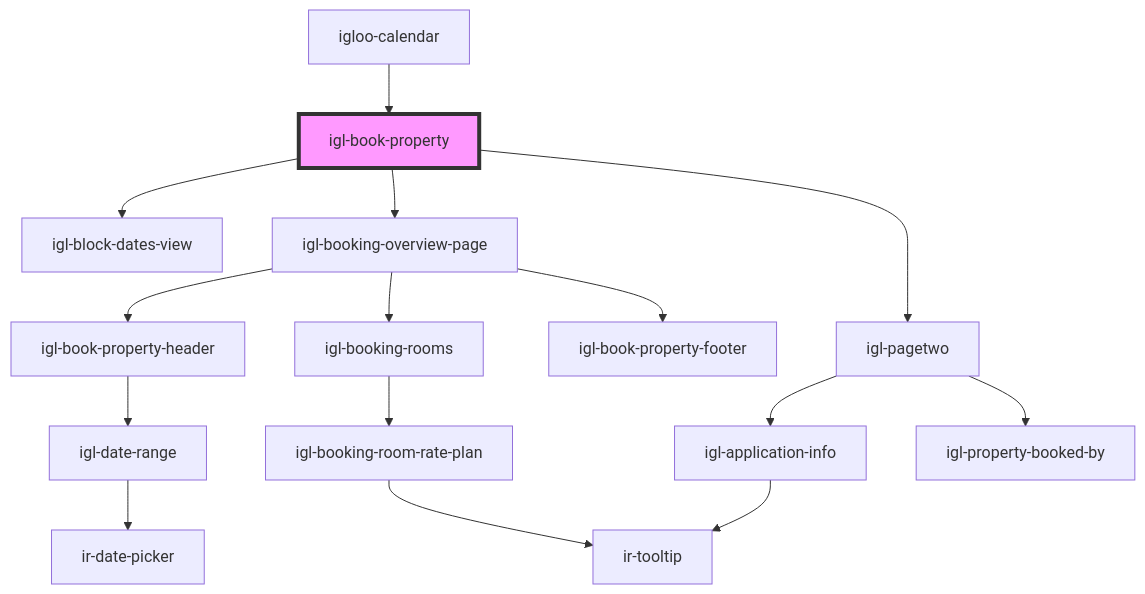
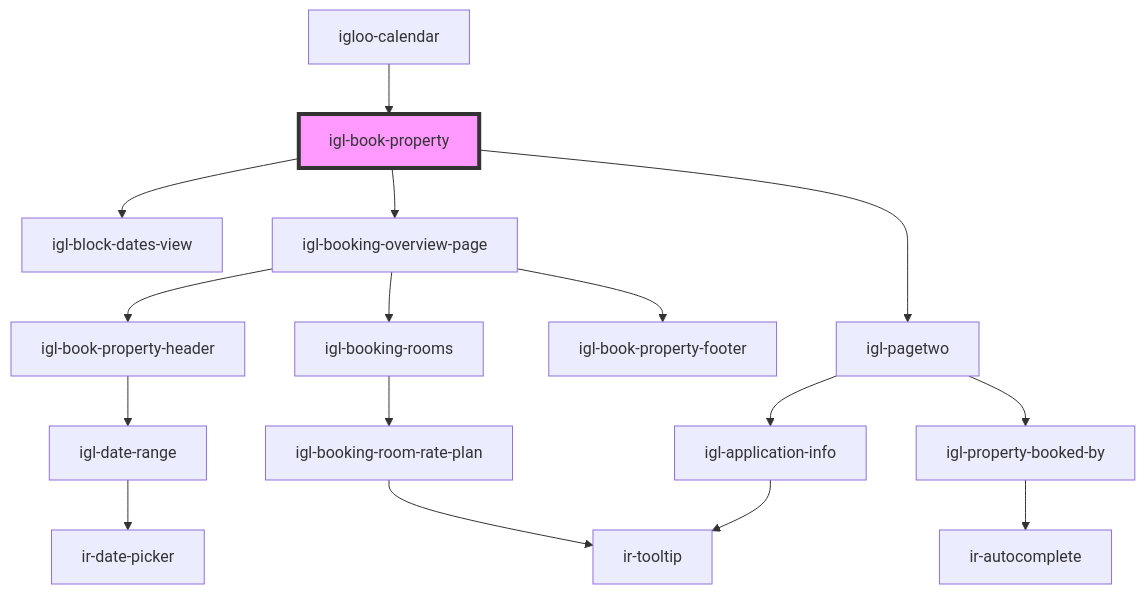
Before and after one commit to David1Chowaifaty/modified-ir-webcmp: the diagram in src/components/igloo-calendar/igl-book-property/readme.md, drawn with Mermaid. The commit also changed 7 other files, not shown here.

````diff
--- a/src/components/igloo-calendar/igl-book-property/readme.md
+++ b/src/components/igloo-calendar/igl-book-property/readme.md
@@ -44,18 +44,19 @@
 ```mermaid
 graph TD;
   igl-book-property --> igl-block-dates-view
   igl-book-property --> igl-booking-overview-page
   igl-book-property --> igl-pagetwo
   igl-booking-overview-page --> igl-book-property-header
   igl-booking-overview-page --> igl-booking-rooms
   igl-booking-overview-page --> igl-book-property-footer
   igl-book-property-header --> igl-date-range
   igl-date-range --> ir-date-picker
   igl-booking-rooms --> igl-booking-room-rate-plan
   igl-booking-room-rate-plan --> ir-tooltip
   igl-pagetwo --> igl-application-info
   igl-pagetwo --> igl-property-booked-by
   igl-application-info --> ir-tooltip
+  igl-property-booked-by --> ir-autocomplete
   igloo-calendar --> igl-book-property
   style igl-book-property fill:#f9f,stroke:#333,stroke-width:4px
 ```
````
